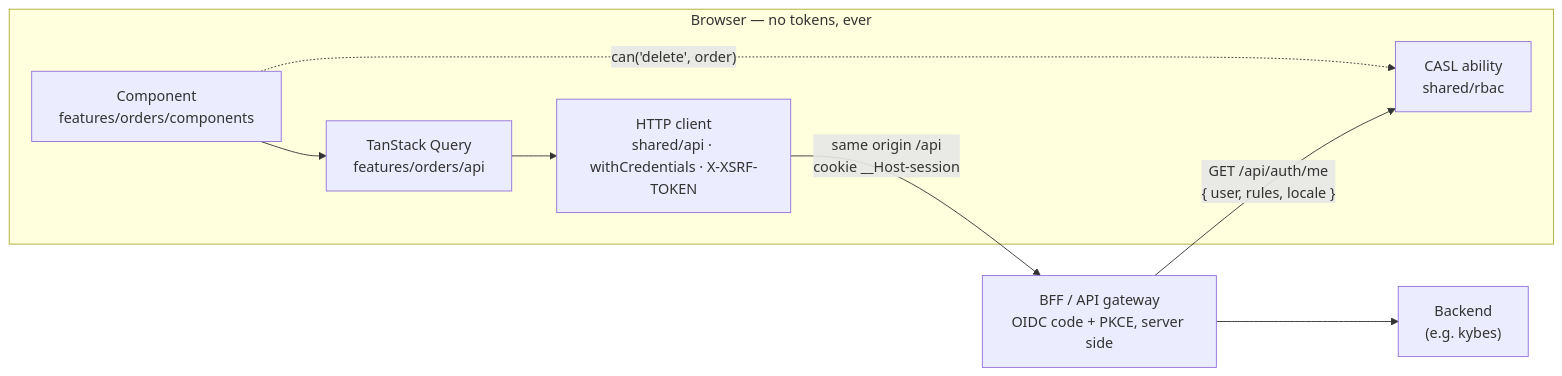
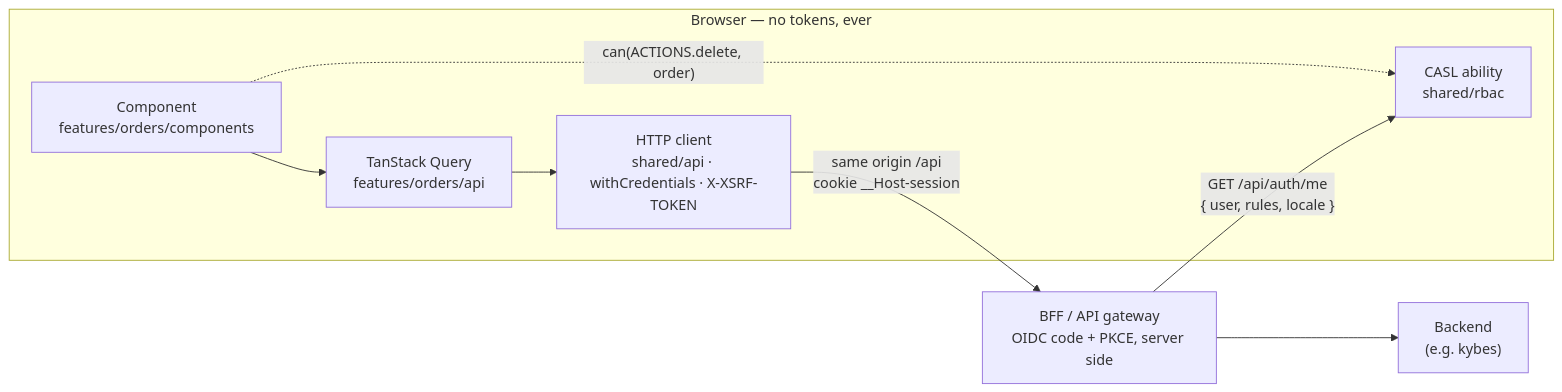
Before and after one commit to en1-gma/kyfes: the first of 2 diagrams in README.md, drawn with Mermaid. The commit also changed other lines of this file and 21 other files, not shown here.

````diff
--- a/README.md
+++ b/README.md
@@ -38,11 +38,11 @@
 ```mermaid
 flowchart LR
     subgraph Browser["Browser — no tokens, ever"]
         C["Component<br/>features/orders/components"] --> Q["TanStack Query<br/>features/orders/api"]
         Q --> H["HTTP client<br/>shared/api · withCredentials · X-XSRF-TOKEN"]
-        C -. "can('delete', order)" .-> R["CASL ability<br/>shared/rbac"]
+        C -. "can(ACTIONS.delete, order)" .-> R["CASL ability<br/>shared/rbac"]
     end
     H -- "same origin /api<br/>cookie __Host-session" --> B["BFF / API gateway<br/>OIDC code + PKCE, server side"]
     B -- "GET /api/auth/me<br/>{ user, rules, locale }" --> R
     B --> API["Backend<br/>(e.g. kybes)"]
 ```
````
